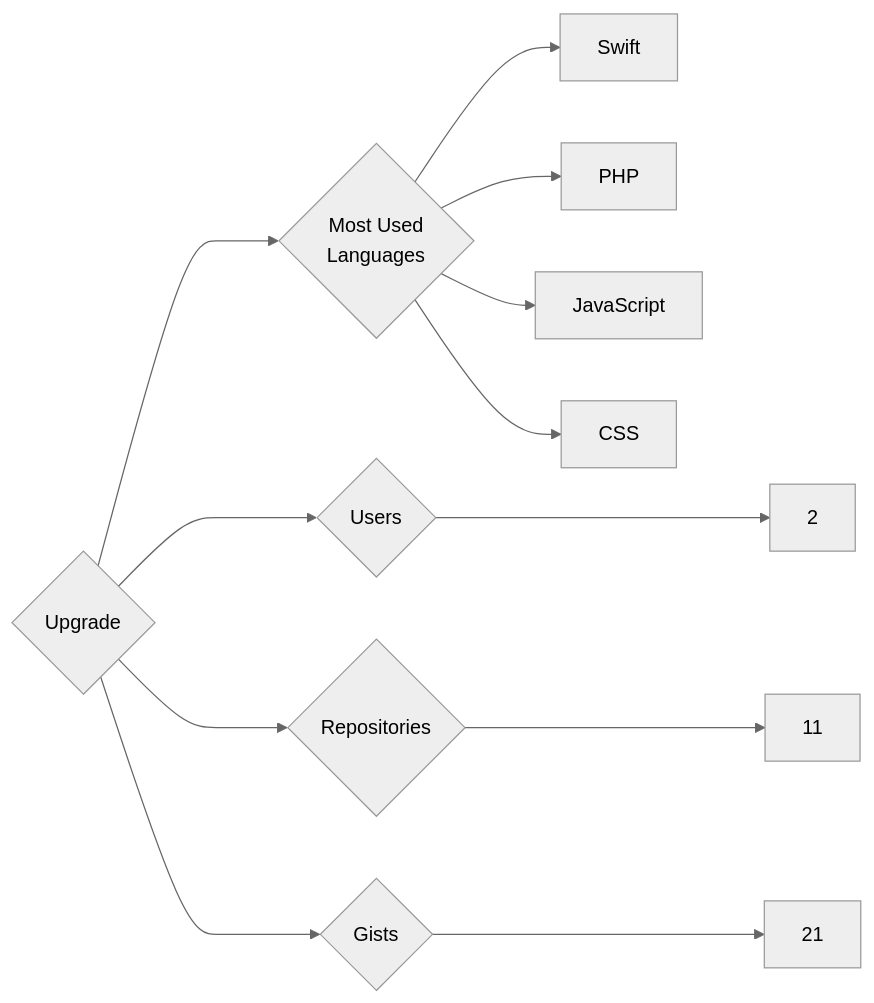
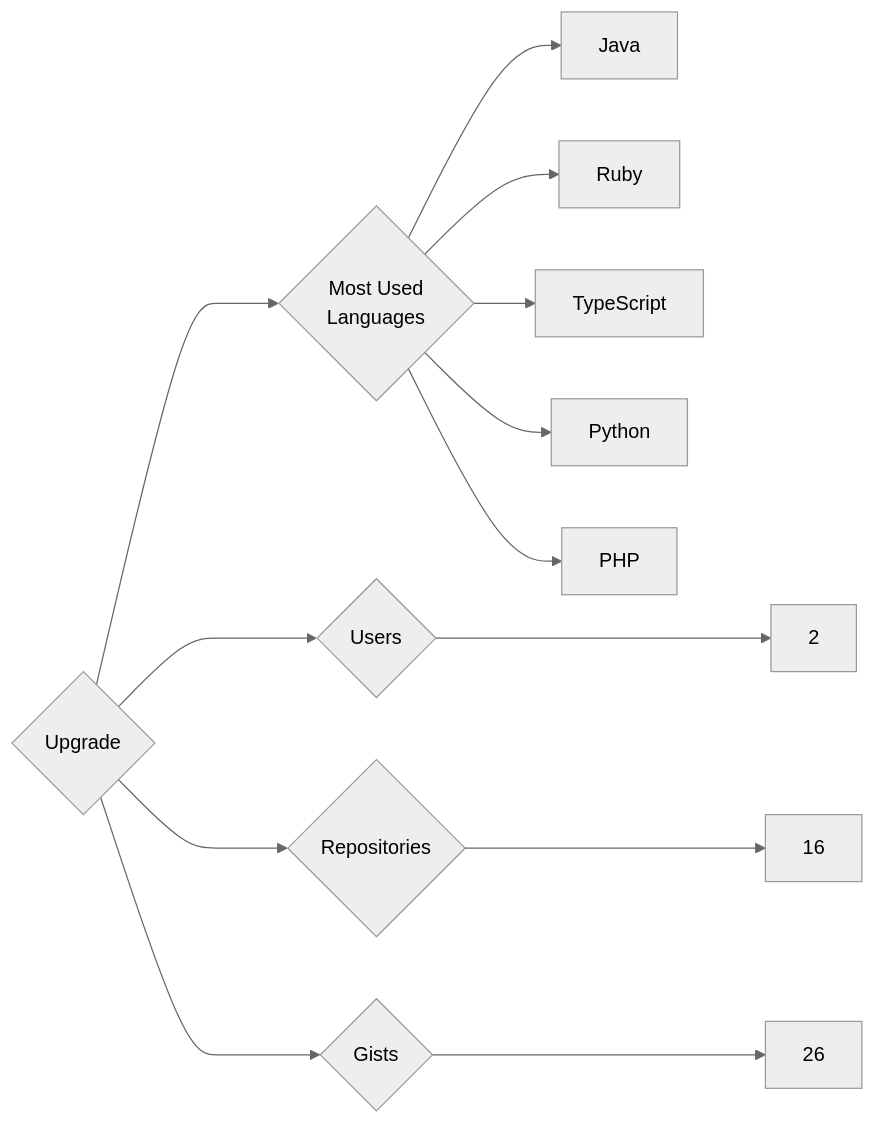
The diagram in targets/Upgrade/README.md (trickest/insiders), drawn with Mermaid (neutral theme) before and after one commit. The commit also changed 1011 other files, not shown here.

````diff
--- a/targets/Upgrade/README.md
+++ b/targets/Upgrade/README.md
@@ -3,12 +3,13 @@
 ```mermaid
 graph LR
 COMPANY_NAME{Upgrade}
 COMPANY_NAME ---> U{Users} ---> UN[2]
-COMPANY_NAME ---> R{Repositories} ---> RN[11]
-COMPANY_NAME ---> G{Gists} ---> GN[21]
+COMPANY_NAME ---> R{Repositories} ---> RN[16]
+COMPANY_NAME ---> G{Gists} ---> GN[26]
 COMPANY_NAME ---> ML{Most Used<br>Languages}
-ML --> Swift[Swift]
+ML --> Java[Java]
+ML --> Ruby[Ruby]
+ML --> TypeScript[TypeScript]
+ML --> Python[Python]
 ML --> PHP[PHP]
-ML --> JavaScript[JavaScript]
-ML --> CSS[CSS]
 ```
````
